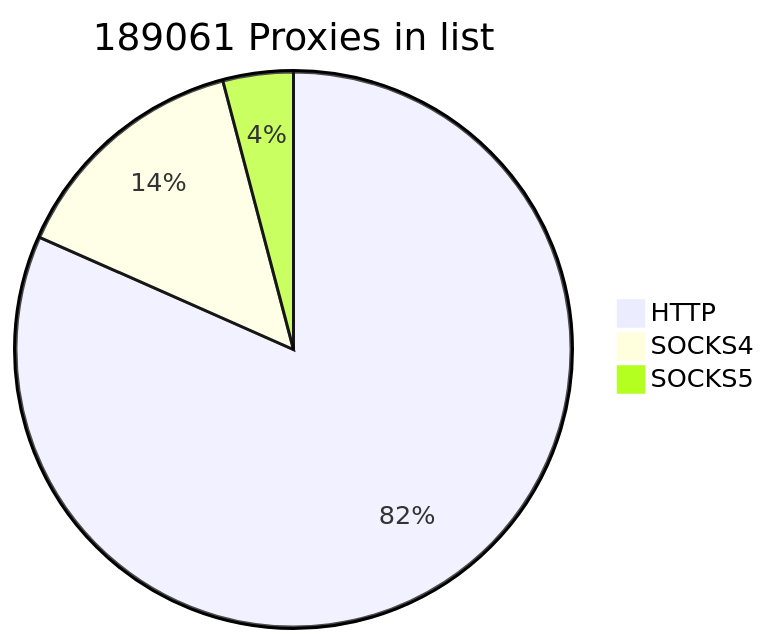
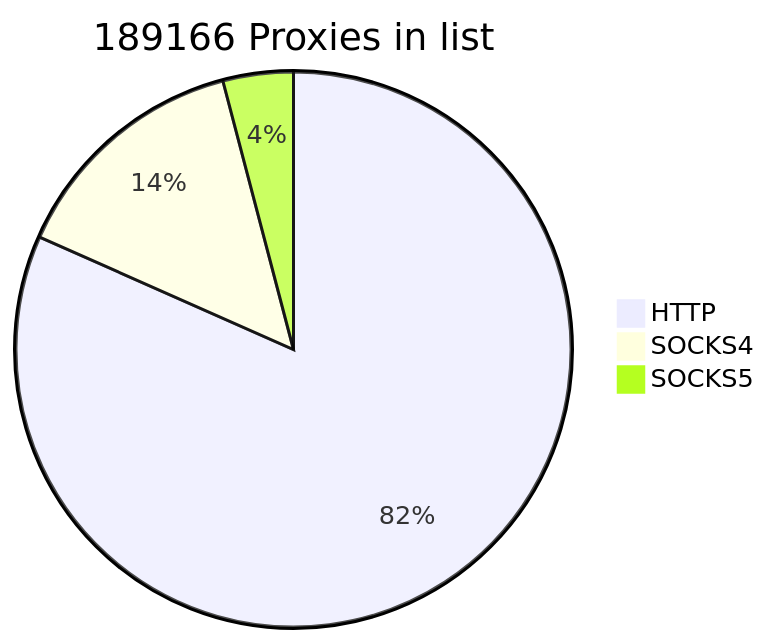
One commit to cutipu/proxylist changed the first of 2 diagrams in README.md. Above: the diagram before and after it, drawn with Mermaid. The commit also changed other lines of this file, not shown here.

````diff
--- a/README.md
+++ b/README.md
@@ -2,7 +2,7 @@
 ```mermaid
-pie title 189061 Proxies in list
-    "HTTP" : 154313
-    "SOCKS4" : 27008
-    "SOCKS5" : 7740
+pie title 189166 Proxies in list
+    "HTTP" : 154418
+    "SOCKS4" : 27009
+    "SOCKS5" : 7739
             
 ```
````
